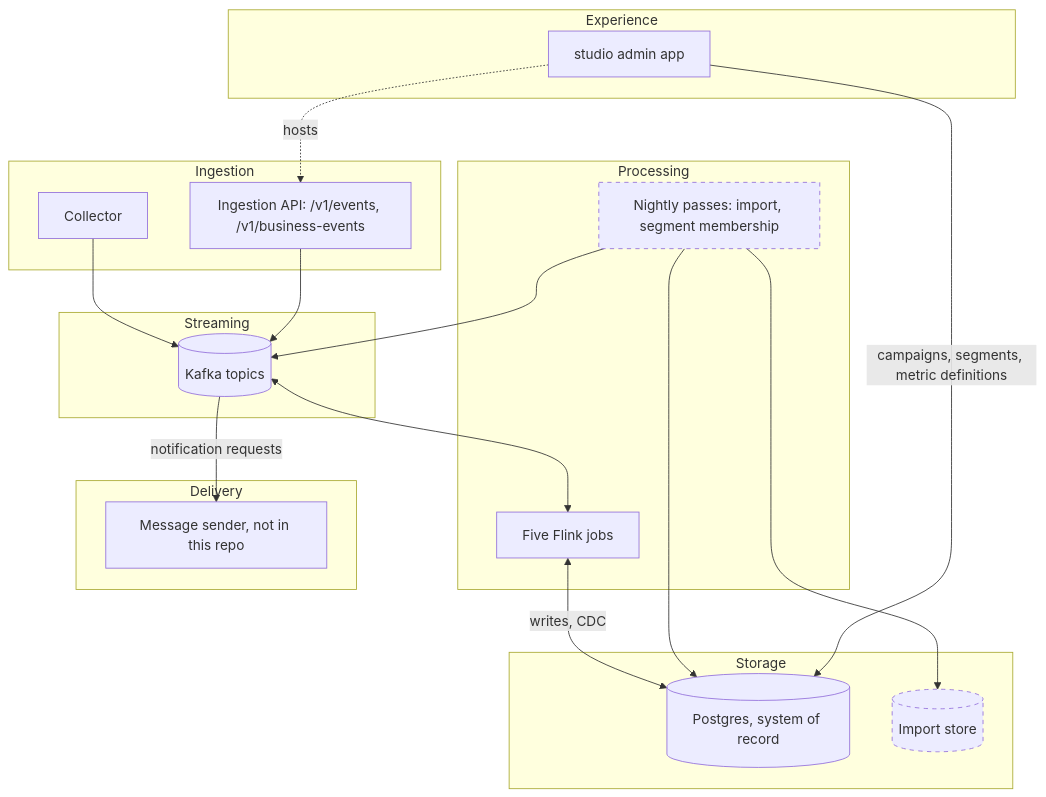
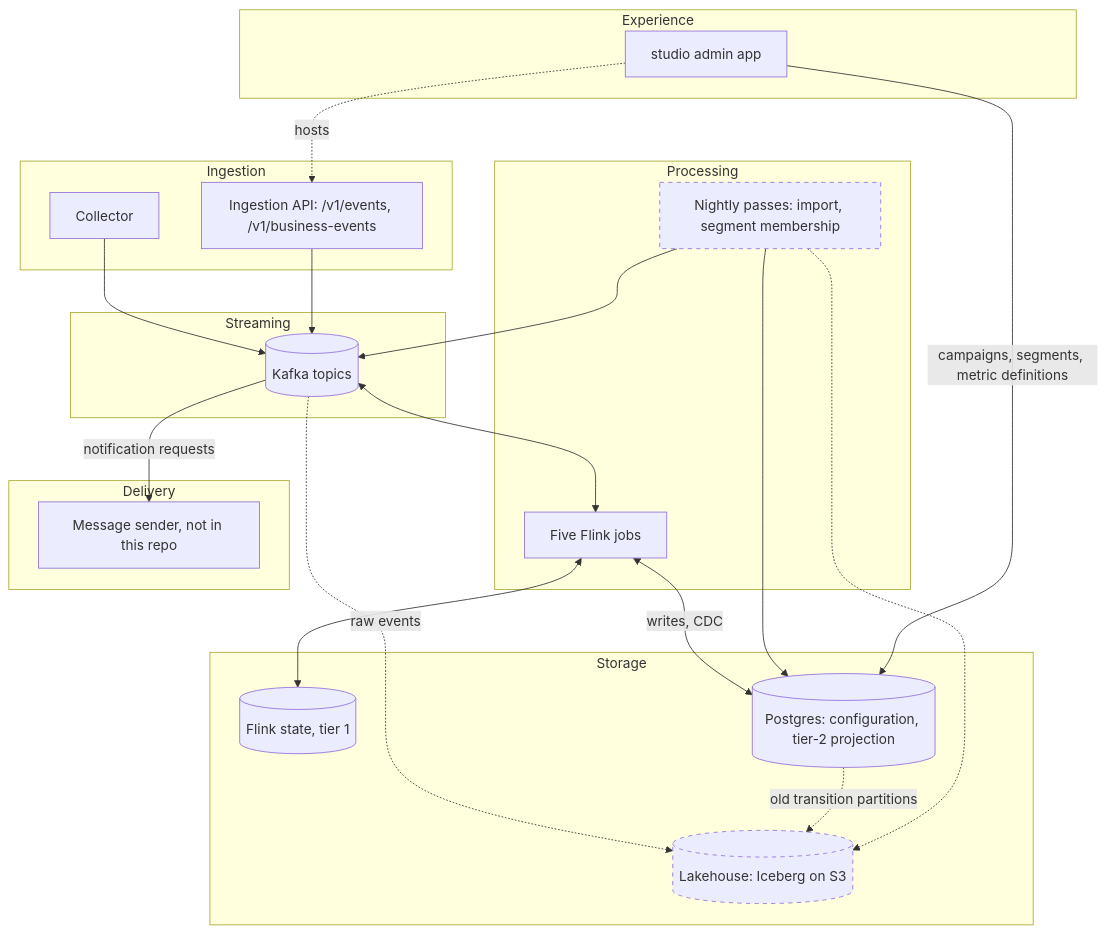
The second of 7 diagrams in docs/internal/architecture/overview.md (18120158binh/salarose), drawn with Mermaid before and after one commit. The commit also changed other lines of this file and 35 other files, not shown here.

First line of the commit message:
docs(architecture): storage tiers, Iceberg lakehouse, and state recovery (#99)

````diff
--- a/docs/internal/architecture/overview.md
+++ b/docs/internal/architecture/overview.md
@@ -24,36 +24,40 @@
 ```mermaid
 flowchart TB
 	subgraph ingest[Ingestion]
 		collector[Collector]
 		api[Ingestion API: /v1/events, /v1/business-events]
 	end
 	subgraph stream[Streaming]
 		kafka[(Kafka topics)]
 	end
 	subgraph process[Processing]
 		flink[Five Flink jobs]
 		batch[Nightly passes: import, segment membership]
 	end
 	subgraph store[Storage]
-		pg[(Postgres, system of record)]
-		importpg[(Import store)]
+		state[(Flink state, tier 1)]
+		pg[(Postgres: configuration, tier-2 projection)]
+		lake[(Lakehouse: Iceberg on S3)]
 	end
 	subgraph experience[Experience]
 		studio[studio admin app]
 	end
 	subgraph delivery[Delivery]
 		sender[Message sender, not in this repo]
 	end
 	collector --> kafka
 	api --> kafka
 	kafka <--> flink
+	flink <--> state
 	flink <-->|writes, CDC| pg
-	batch --> importpg
+	kafka -.->|raw events| lake
+	pg -.->|old transition partitions| lake
+	batch -.-> lake
 	batch --> pg
 	batch --> kafka
 	studio -->|campaigns, segments, metric definitions| pg
 	studio -.->|hosts| api
 	kafka -->|notification requests| sender
 	classDef planned stroke-dasharray: 5 5
-	class batch,importpg planned
+	class batch,lake planned
 ```
````
